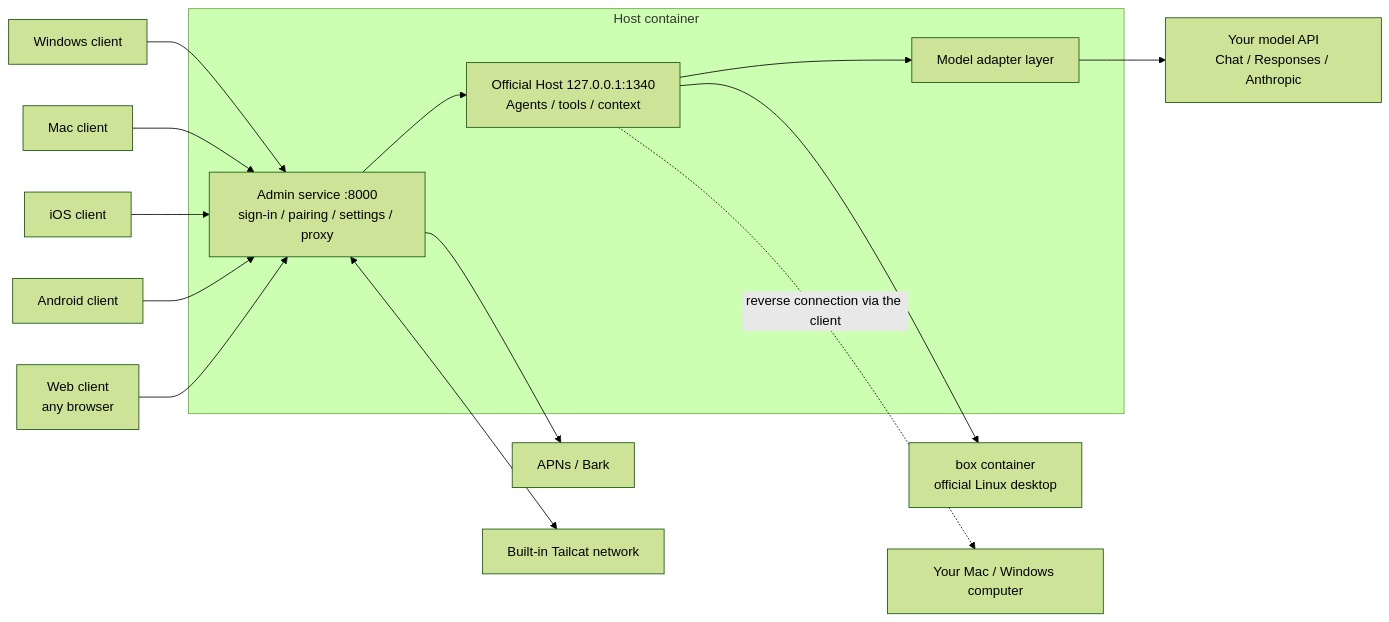
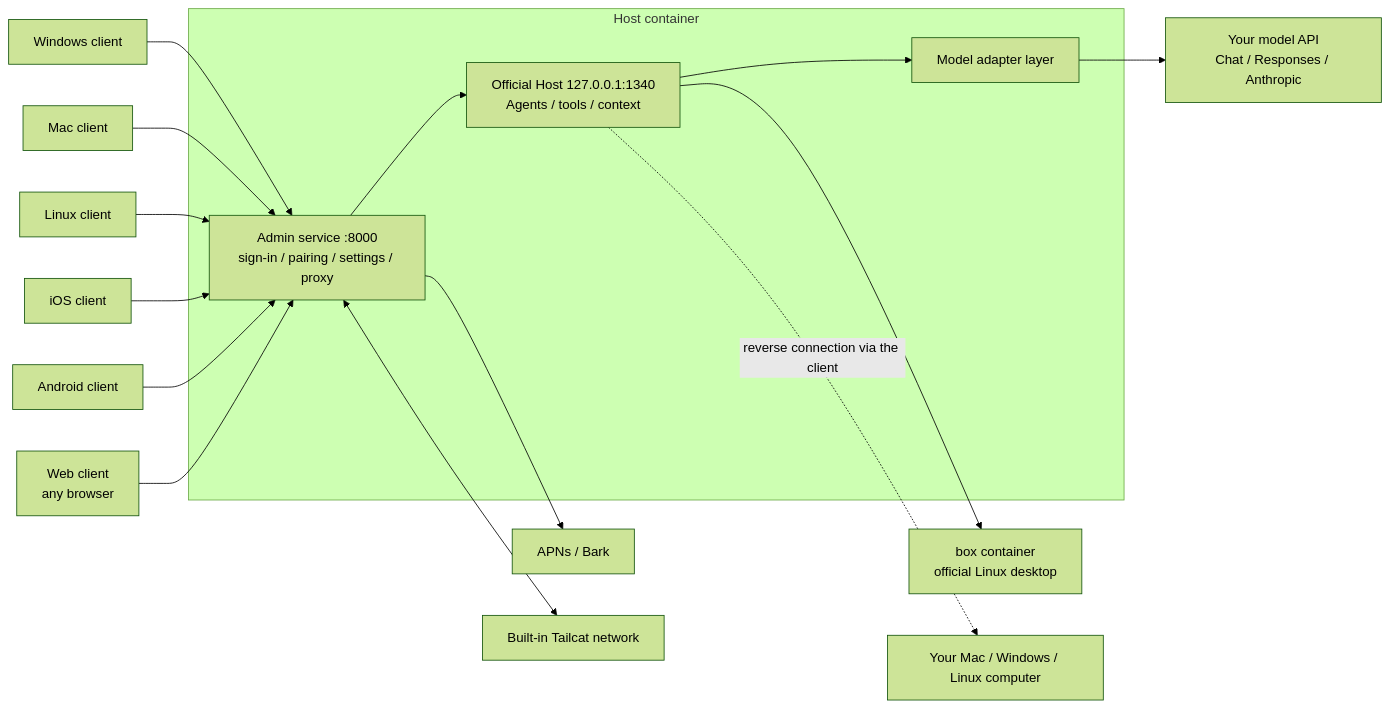
The diagram in docs/ARCHITECTURE.en.md (RyanLu99/prokbot-plus), drawn with Mermaid (forest theme) before and after one commit. The commit also changed other lines of this file and 82 other files, not shown here.

````diff
--- a/docs/ARCHITECTURE.en.md
+++ b/docs/ARCHITECTURE.en.md
@@ -15,17 +15,18 @@
 ```mermaid
 flowchart LR
   Win[Windows client] --> Admin
   Mac[Mac client] --> Admin
+  Lin[Linux client] --> Admin
   iOS[iOS client] --> Admin
   And[Android client] --> Admin
   Web[Web client<br/>any browser] --> Admin
   subgraph Host container
     Admin[Admin service :8000<br/>sign-in / pairing / settings / proxy] --> Core[Official Host 127.0.0.1:1340<br/>Agents / tools / context]
     Core --> Adapter[Model adapter layer]
   end
   Adapter --> Model[Your model API<br/>Chat / Responses / Anthropic]
   Core --> Box[box container<br/>official Linux desktop]
-  Core -.reverse connection via the client.-> PC[Your Mac / Windows computer]
+  Core -.reverse connection via the client.-> PC[Your Mac / Windows / Linux computer]
   Admin --> Push[APNs / Bark]
   Admin <--> Tailcat[Built-in Tailcat network]
 ```
````
